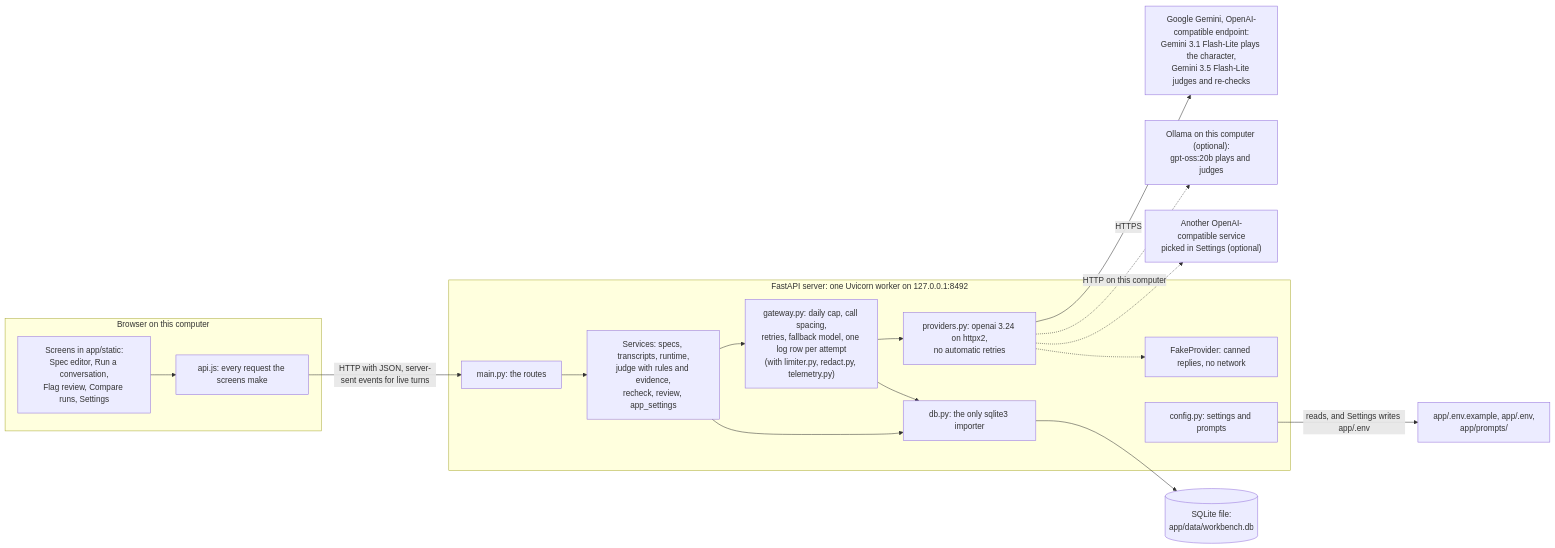
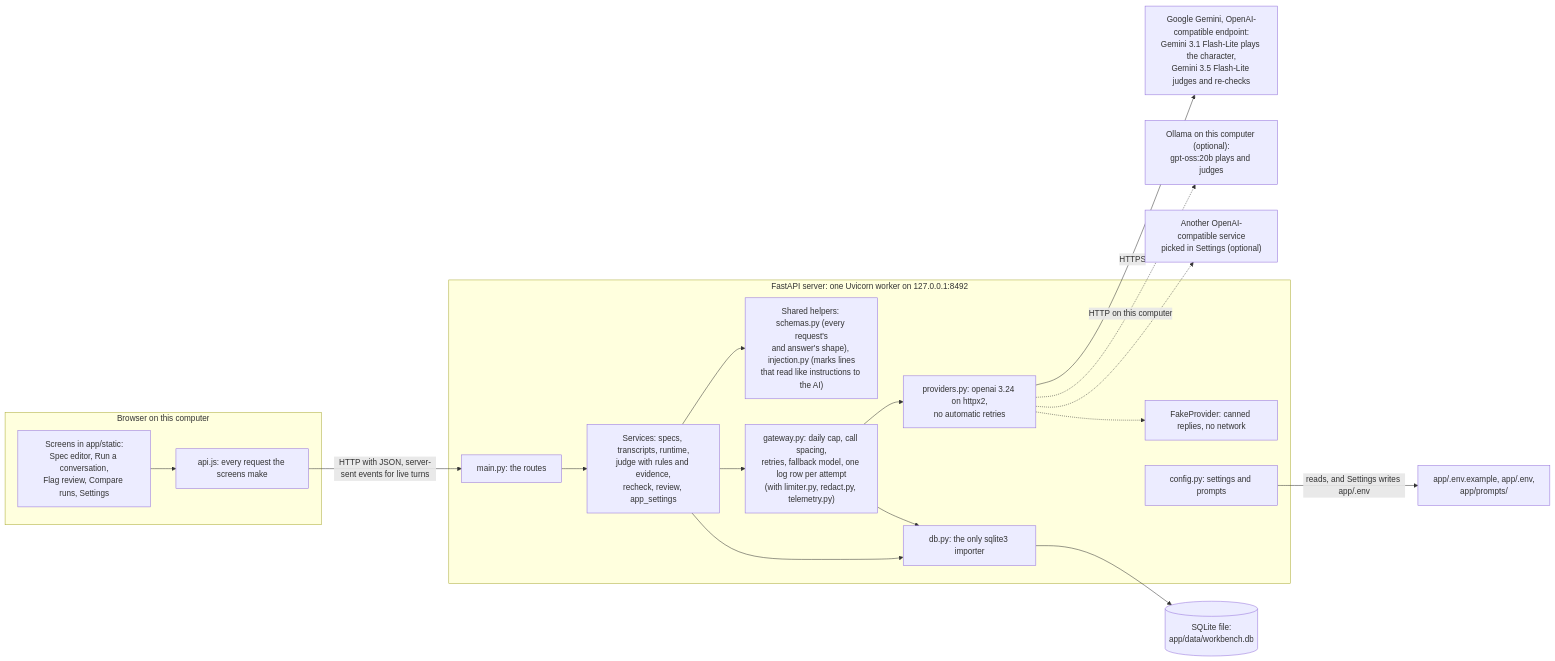
One commit to FlinnH/IS492-CharacterAI-Team-Project changed the diagram in docs/architecture.md. Above: the diagram before and after it, drawn with Mermaid. The commit also changed other lines of this file and 16 other files, not shown here.

````diff
--- a/docs/architecture.md
+++ b/docs/architecture.md
@@ -7,37 +7,39 @@
 ```mermaid
 flowchart LR
   subgraph browser["Browser on this computer"]
     screens["Screens in app/static:<br/>Spec editor, Run a conversation,<br/>Flag review, Compare runs, Settings"]
     api["api.js: every request the screens make"]
   end
 
   subgraph server["FastAPI server: one Uvicorn worker on 127.0.0.1:8492"]
     routes["main.py: the routes"]
     services["Services: specs, transcripts, runtime,<br/>judge with rules and evidence,<br/>recheck, review, app_settings"]
     gateway["gateway.py: daily cap, call spacing,<br/>retries, fallback model, one log row per attempt<br/>(with limiter.py, redact.py, telemetry.py)"]
     providers["providers.py: openai 3.24 on httpx2,<br/>no automatic retries"]
     fake["FakeProvider: canned replies, no network"]
     config["config.py: settings and prompts"]
     dbmod["db.py: the only sqlite3 importer"]
+    shared["Shared helpers: schemas.py (every request's<br/>and answer's shape), injection.py (marks lines<br/>that read like instructions to the AI)"]
   end
 
   files["app/.env.example, app/.env,<br/>app/prompts/"]
   sqlite[("SQLite file:<br/>app/data/workbench.db")]
   gemini["Google Gemini, OpenAI-compatible endpoint:<br/>Gemini 3.1 Flash-Lite plays the character,<br/>Gemini 3.5 Flash-Lite judges and re-checks"]
   ollama["Ollama on this computer (optional):<br/>gpt-oss:20b plays and judges"]
   other["Another OpenAI-compatible service<br/>picked in Settings (optional)"]
 
   screens --> api
   api -- "HTTP with JSON, server-sent events for live turns" --> routes
   routes --> services
+  services --> shared
   services --> gateway
   gateway --> providers
   services --> dbmod
   gateway --> dbmod
   dbmod --> sqlite
   config -- "reads, and Settings writes app/.env" --> files
   providers -- "HTTPS" --> gemini
   providers -. "HTTP on this computer" .-> ollama
   providers -.-> other
   providers -.-> fake
 ```
````
